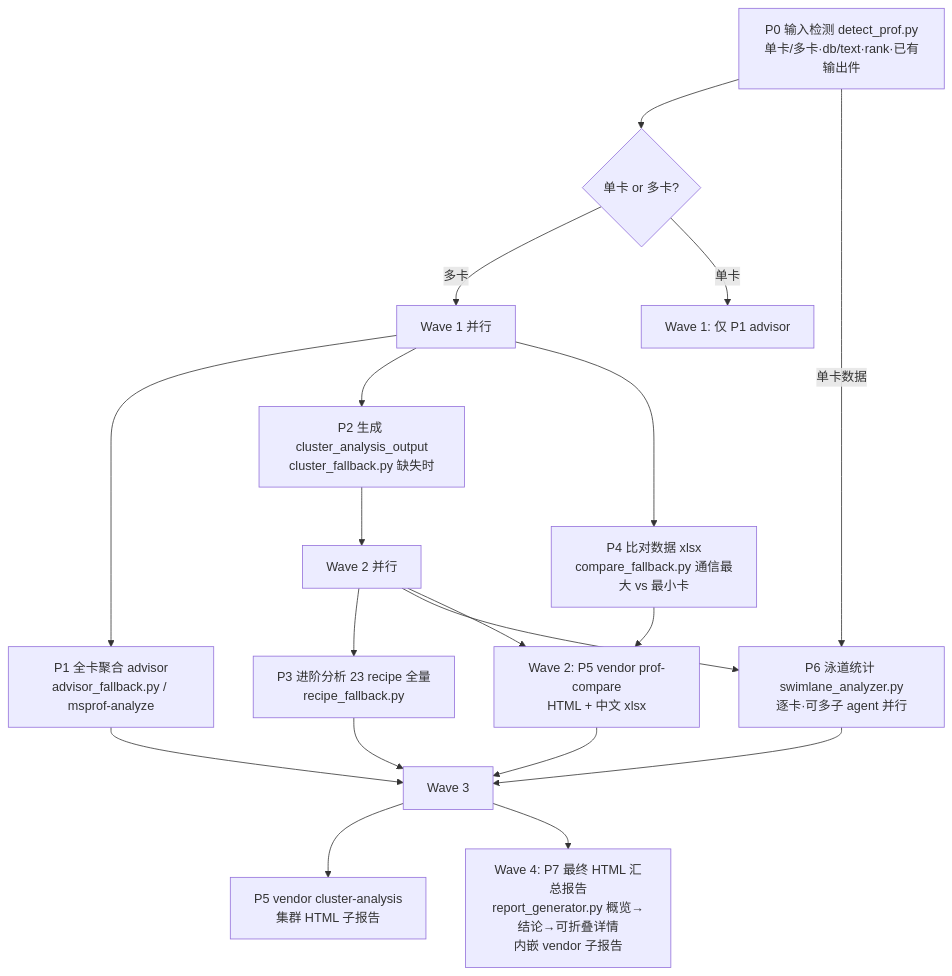
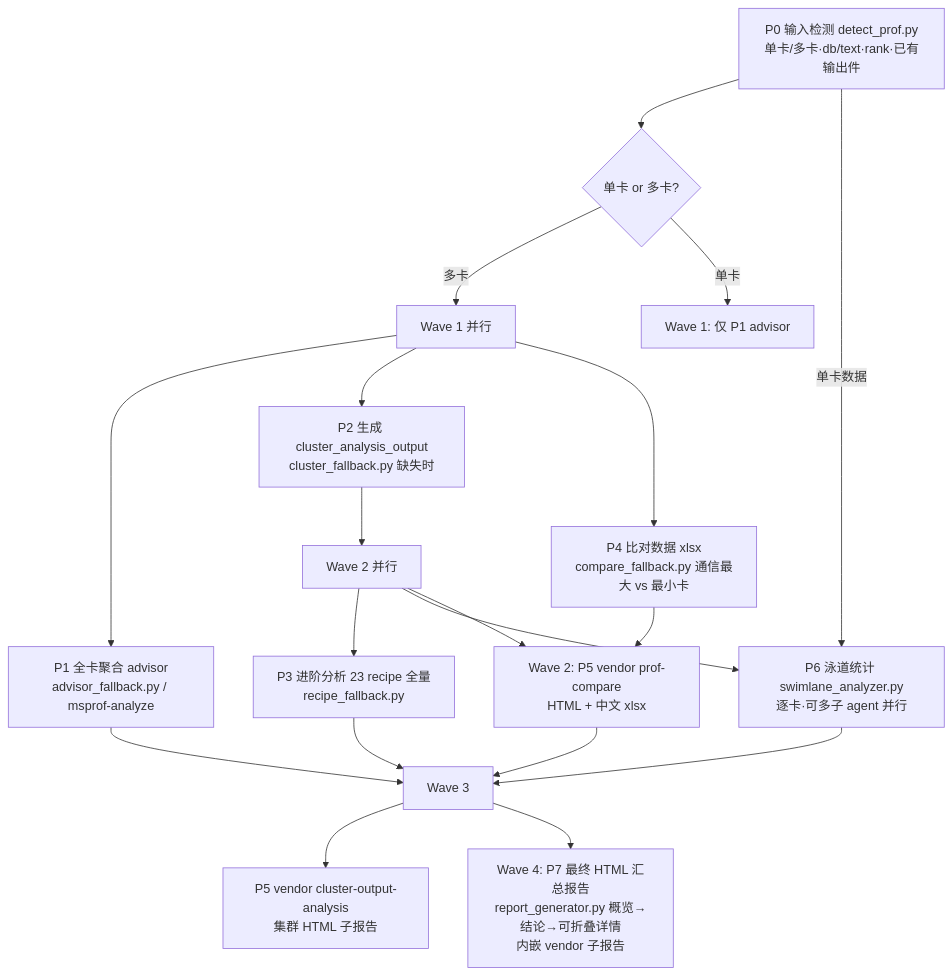
Before and after one commit to hu669293657/skills: the diagram in cluster-analysis/README.md, drawn with Mermaid. The commit also changed other lines of this file and 42 other files, not shown here.

Commit message:
Refactor: replace cpu-host-performance with cpu_host_performance; swap cluster-analysis vendor to cluster-output-analysis

````diff
--- a/cluster-analysis/README.md
+++ b/cluster-analysis/README.md
@@ -85,21 +86,21 @@
 ```mermaid
 flowchart TD
     A[P0 输入检测 detect_prof.py<br/>单卡/多卡·db/text·rank·已有输出件] --> B{单卡 or 多卡?}
     B -->|多卡| C[Wave 1 并行]
     B -->|单卡| D[Wave 1: 仅 P1 advisor]
     C --> C1[P1 全卡聚合 advisor<br/>advisor_fallback.py / msprof-analyze]
     C --> C2[P2 生成 cluster_analysis_output<br/>cluster_fallback.py 缺失时]
     C --> C3[P4 比对数据 xlsx<br/>compare_fallback.py 通信最大 vs 最小卡]
     C2 --> E[Wave 2 并行]
     C3 --> F[Wave 2: P5 vendor prof-compare<br/>HTML + 中文 xlsx]
     A -->|单卡数据| G[P6 泳道统计 swimlane_analyzer.py<br/>逐卡·可多子 agent 并行]
     E --> E1[P3 进阶分析 23 recipe 全量<br/>recipe_fallback.py]
     E --> G
     E --> F
     C1 --> H[Wave 3]
     E1 --> H
     G --> H
     F --> H
-    H --> H1[P5 vendor cluster-analysis<br/>集群 HTML 子报告]
+    H --> H1[P5 vendor cluster-output-analysis<br/>集群 HTML 子报告]
     H --> I[Wave 4: P7 最终 HTML 汇总报告<br/>report_generator.py 概览→结论→可折叠详情<br/>内嵌 vendor 子报告]
 ```
````
